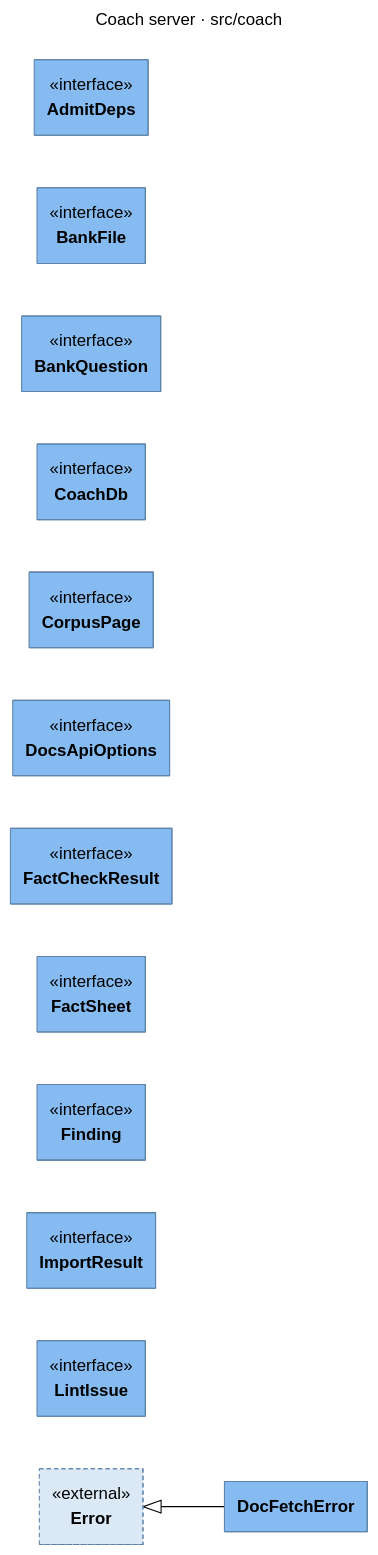
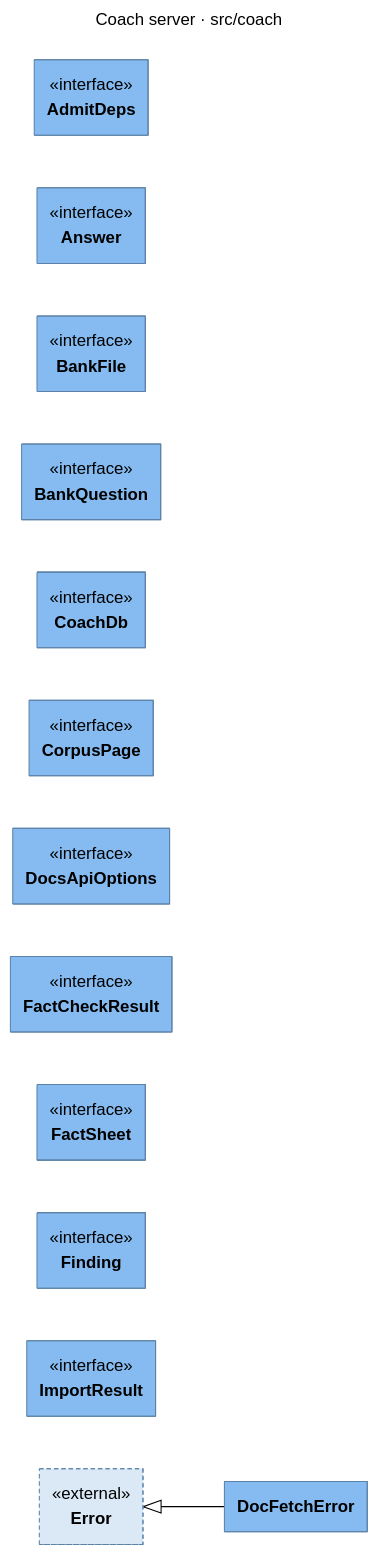
The diagram in architecture-docs/study-coach/c4-code-study-coach-src-coach.mmd (ythalorossy/study-coach), drawn with Mermaid (forest theme) before and after one commit. The commit also changed 12 other files, not shown here.

Commit message:
docs: refresh the architecture report for the re-checker, the extra docs repos and the page-reading rules

```diff
--- a/architecture-docs/study-coach/c4-code-study-coach-src-coach.mmd
+++ b/architecture-docs/study-coach/c4-code-study-coach-src-coach.mmd
@@ -1,59 +1,59 @@
 ---
 title: "Coach server · src/coach"
 config:
   class:
     hideEmptyMembersBox: true
 ---
 classDiagram
     direction LR
     class AdmitDeps {
+        <<interface>>
+    }
+    class Answer {
         <<interface>>
     }
     class BankFile {
         <<interface>>
     }
     class BankQuestion {
         <<interface>>
     }
     class CoachDb {
         <<interface>>
     }
     class CorpusPage {
         <<interface>>
     }
     class DocFetchError
     class DocsApiOptions {
         <<interface>>
     }
     class FactCheckResult {
         <<interface>>
     }
     class FactSheet {
         <<interface>>
     }
     class Finding {
         <<interface>>
     }
     class ImportResult {
         <<interface>>
     }
-    class LintIssue {
-        <<interface>>
-    }
     class Error {
         <<external>>
     }
     Error <|-- DocFetchError
     style AdmitDeps fill:#85bbf0,stroke:#5d82a8,color:#000000
+    style Answer fill:#85bbf0,stroke:#5d82a8,color:#000000
     style BankFile fill:#85bbf0,stroke:#5d82a8,color:#000000
     style BankQuestion fill:#85bbf0,stroke:#5d82a8,color:#000000
     style CoachDb fill:#85bbf0,stroke:#5d82a8,color:#000000
     style CorpusPage fill:#85bbf0,stroke:#5d82a8,color:#000000
     style DocFetchError fill:#85bbf0,stroke:#5d82a8,color:#000000
     style DocsApiOptions fill:#85bbf0,stroke:#5d82a8,color:#000000
     style FactCheckResult fill:#85bbf0,stroke:#5d82a8,color:#000000
     style FactSheet fill:#85bbf0,stroke:#5d82a8,color:#000000
     style Finding fill:#85bbf0,stroke:#5d82a8,color:#000000
     style ImportResult fill:#85bbf0,stroke:#5d82a8,color:#000000
-    style LintIssue fill:#85bbf0,stroke:#5d82a8,color:#000000
     style Error fill:#dbe9f6,stroke:#5d82a8,color:#000000,stroke-dasharray:4 3
```
